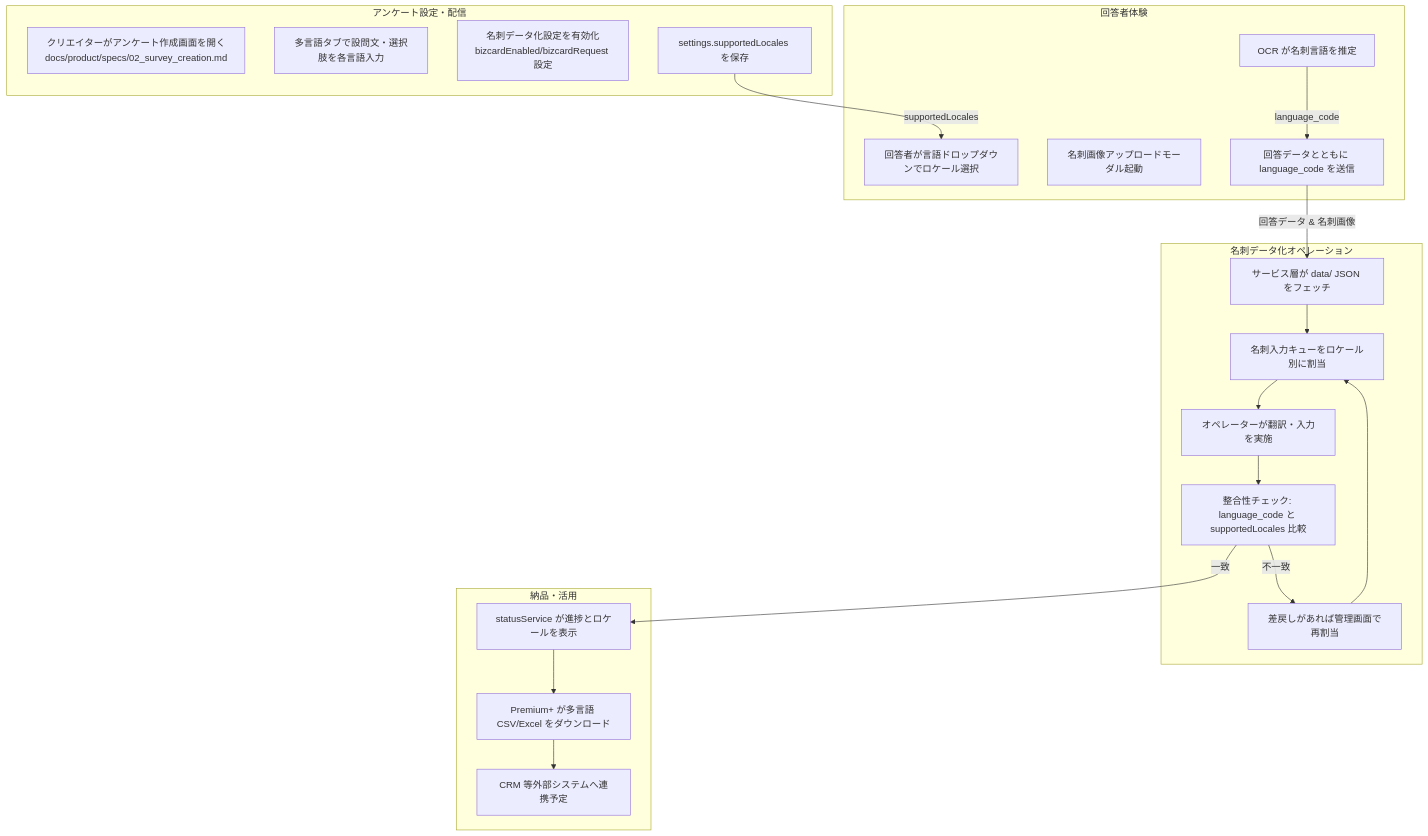
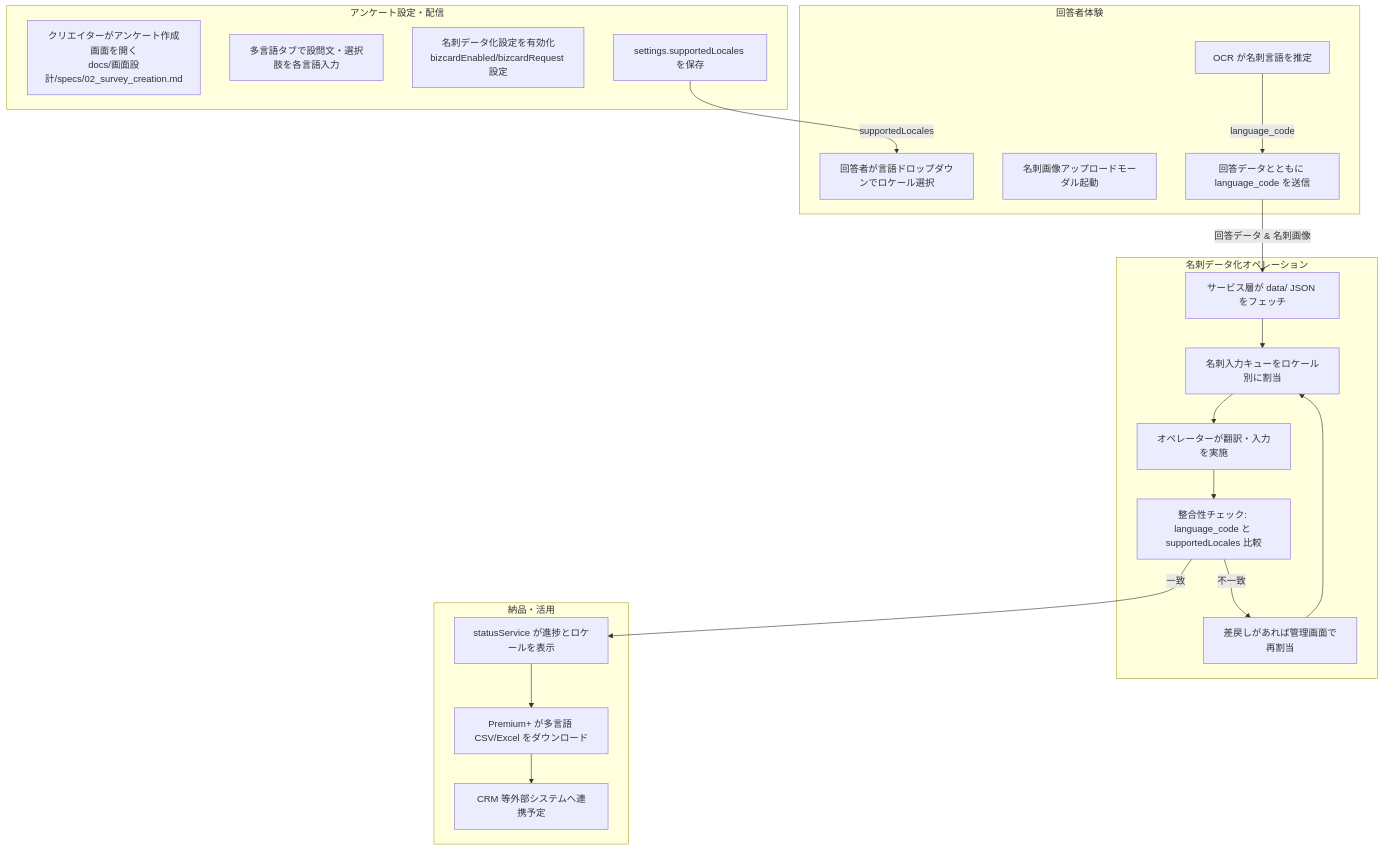
The first of 2 diagrams in docs/product/processes/multilingualBizcardFlow.md (AbroadUmedaShota/SPPED-AD-TEST), drawn with Mermaid before and after one commit. The commit also changed other lines of this file and 73 other files, not shown here.

````diff
--- a/docs/product/processes/multilingualBizcardFlow.md
+++ b/docs/product/processes/multilingualBizcardFlow.md
@@ -14,38 +14,38 @@
 ```mermaid
 flowchart TD
     subgraph A[アンケート設定・配信]
-        A1[クリエイターがアンケート作成画面を開く<br/>docs/product/specs/02_survey_creation.md]
+        A1[クリエイターがアンケート作成画面を開く<br/>docs/画面設計/specs/02_survey_creation.md]
         A2[多言語タブで設問文・選択肢を各言語入力]
         A3[名刺データ化設定を有効化<br/>bizcardEnabled/bizcardRequest 設定]
         A4[settings.supportedLocales を保存]
     end
 
     subgraph B[回答者体験]
         B1[回答者が言語ドロップダウンでロケール選択]
         B2[名刺画像アップロードモーダル起動]
         B3[OCR が名刺言語を推定]
         B4[回答データとともに language_code を送信]
     end
 
     subgraph C[名刺データ化オペレーション]
         C1[サービス層が data/ JSON をフェッチ]
         C2[名刺入力キューをロケール別に割当]
         C3[オペレーターが翻訳・入力を実施]
         C4[整合性チェック: language_code と supportedLocales 比較]
         C5[差戻しがあれば管理画面で再割当]
     end
 
     subgraph D[納品・活用]
         D1[statusService が進捗とロケールを表示]
         D2[Premium+ が多言語 CSV/Excel をダウンロード]
         D3[CRM 等外部システムへ連携予定]
     end
 
     A4 -->|supportedLocales| B1
     B3 -->|language_code| B4
     B4 -->|回答データ & 名刺画像| C1
     C1 --> C2 --> C3 --> C4
     C4 -->|一致| D1
     C4 -->|不一致| C5 --> C2
     D1 --> D2 --> D3
 ```
````
